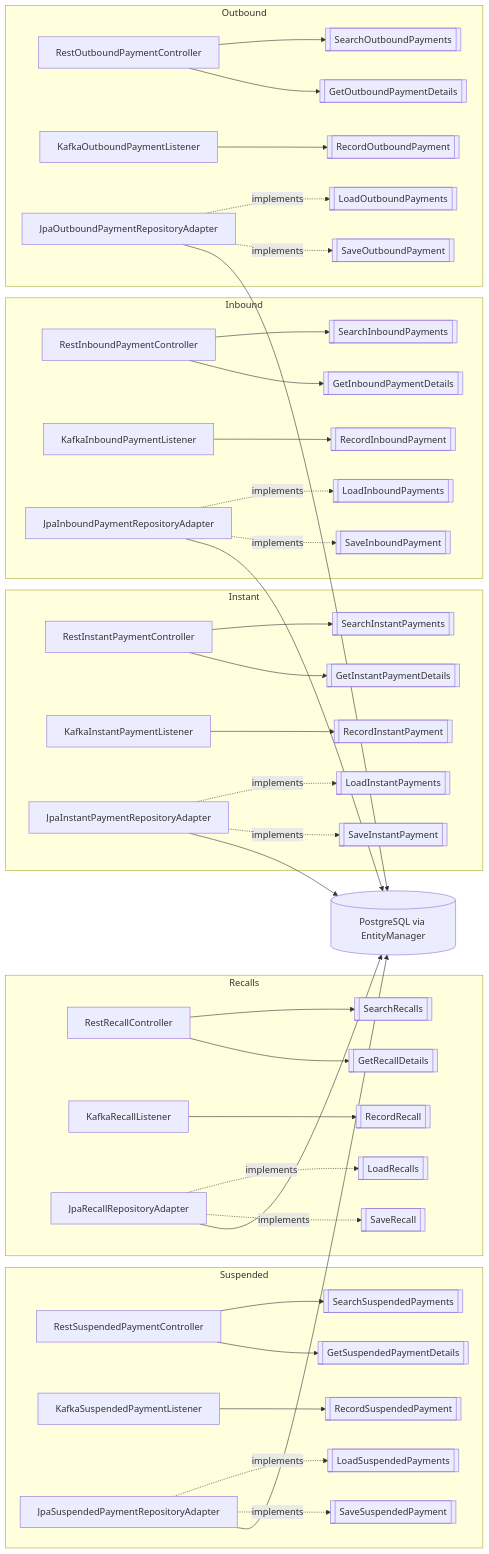
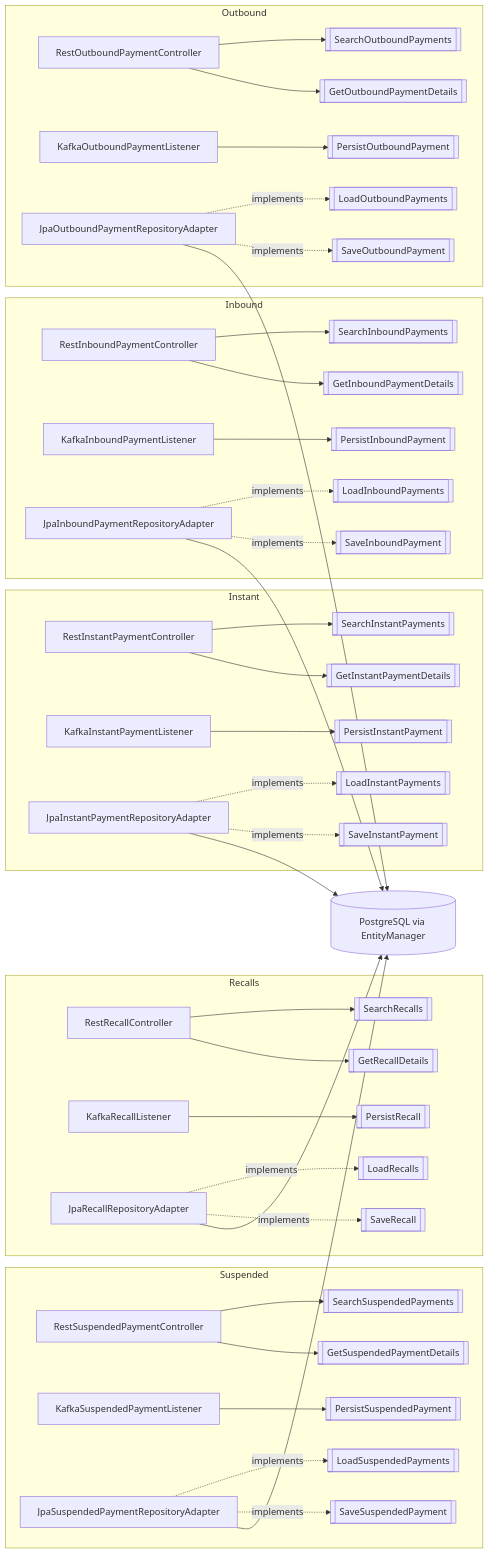
Before and after one commit to kevin-llps/payments-hexagonal-architecture-migration-challenge: the third of 5 diagrams in realistic-mess-based-on-jpa-entities-challenge/docs/migration-2026-11-12/technical-layer-design.md, drawn with Mermaid. The commit also changed other lines of this file and 9 other files, not shown here.

Commit message:
refactor(jpa): rename Record input ports to Persist in the Suspended context

````diff
--- a/realistic-mess-based-on-jpa-entities-challenge/docs/migration-2026-11-12/technical-layer-design.md
+++ b/realistic-mess-based-on-jpa-entities-challenge/docs/migration-2026-11-12/technical-layer-design.md
@@ -254,43 +254,43 @@
 ```mermaid
 flowchart LR
     subgraph SUS[Suspended]
         S1[RestSuspendedPaymentController] --> S2[[SearchSuspendedPayments]]
         S1 --> S3[[GetSuspendedPaymentDetails]]
-        S4[KafkaSuspendedPaymentListener] --> S5[[RecordSuspendedPayment]]
+        S4[KafkaSuspendedPaymentListener] --> S5[[PersistSuspendedPayment]]
         S6[JpaSuspendedPaymentRepositoryAdapter] -. implements .-> S7[[LoadSuspendedPayments]]
         S6 -. implements .-> S8[[SaveSuspendedPayment]]
     end
     subgraph RCL[Recalls]
         R1[RestRecallController] --> R2[[SearchRecalls]]
         R1 --> R3[[GetRecallDetails]]
-        R4[KafkaRecallListener] --> R5[[RecordRecall]]
+        R4[KafkaRecallListener] --> R5[[PersistRecall]]
         R6[JpaRecallRepositoryAdapter] -. implements .-> R7[[LoadRecalls]]
         R6 -. implements .-> R8[[SaveRecall]]
     end
     subgraph INS[Instant]
         I1[RestInstantPaymentController] --> I2[[SearchInstantPayments]]
         I1 --> I3[[GetInstantPaymentDetails]]
-        I4[KafkaInstantPaymentListener] --> I5[[RecordInstantPayment]]
+        I4[KafkaInstantPaymentListener] --> I5[[PersistInstantPayment]]
         I6[JpaInstantPaymentRepositoryAdapter] -. implements .-> I7[[LoadInstantPayments]]
         I6 -. implements .-> I8[[SaveInstantPayment]]
     end
     subgraph INB[Inbound]
         B1[RestInboundPaymentController] --> B2[[SearchInboundPayments]]
         B1 --> B3[[GetInboundPaymentDetails]]
-        B4[KafkaInboundPaymentListener] --> B5[[RecordInboundPayment]]
+        B4[KafkaInboundPaymentListener] --> B5[[PersistInboundPayment]]
         B6[JpaInboundPaymentRepositoryAdapter] -. implements .-> B7[[LoadInboundPayments]]
         B6 -. implements .-> B8[[SaveInboundPayment]]
     end
     subgraph OUT[Outbound]
         O1[RestOutboundPaymentController] --> O2[[SearchOutboundPayments]]
         O1 --> O3[[GetOutboundPaymentDetails]]
-        O4[KafkaOutboundPaymentListener] --> O5[[RecordOutboundPayment]]
+        O4[KafkaOutboundPaymentListener] --> O5[[PersistOutboundPayment]]
         O6[JpaOutboundPaymentRepositoryAdapter] -. implements .-> O7[[LoadOutboundPayments]]
         O6 -. implements .-> O8[[SaveOutboundPayment]]
     end
     S6 --> DB[(PostgreSQL via EntityManager)]
     R6 --> DB
     I6 --> DB
     B6 --> DB
     O6 --> DB
 ```
````
